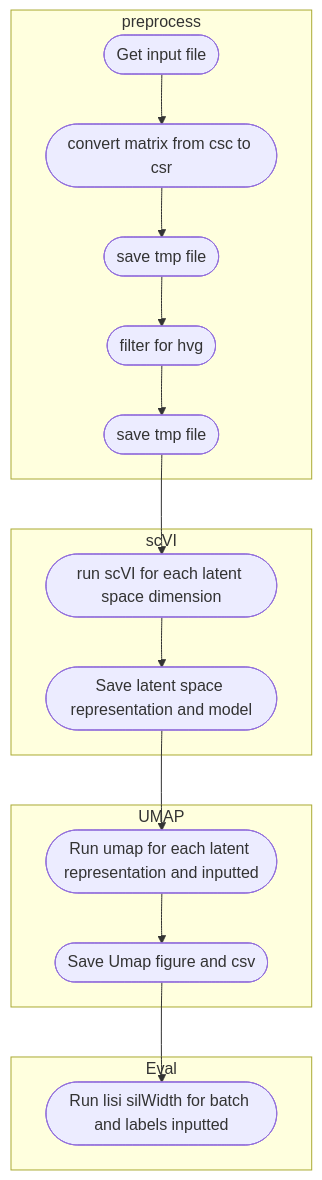
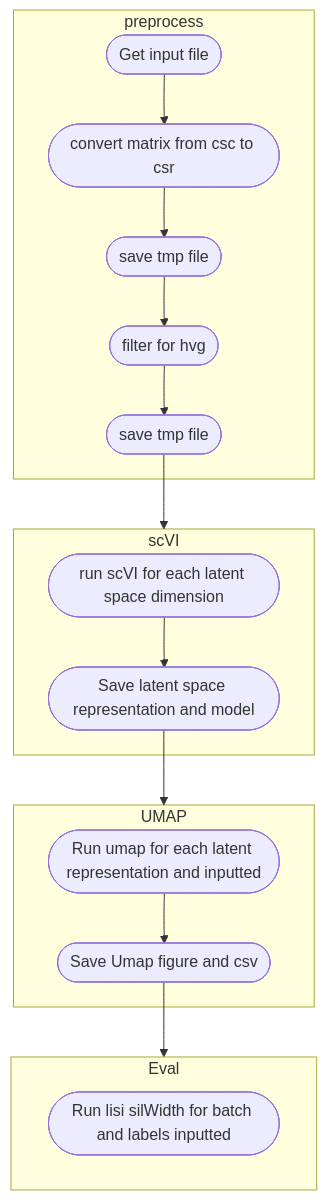
The diagram in Batch-correct/README.md (VergaJU/BoneMarrow_scRNA-Seq), drawn with Mermaid before and after one commit.

````diff
--- a/Batch-correct/README.md
+++ b/Batch-correct/README.md
@@ -42,21 +42,24 @@
 ```mermaid
     flowchart TD
       subgraph preprocess
       A([Get input file]) --> B([convert matrix from csc to csr])
       B --> C([save tmp file])
       C --> D([filter for hvg])
       D --> E([save tmp file])
       end
       subgraph scVI
-      E --> F([run scVI for each latent space dimension])
+      F([run scVI for each latent space dimension])
       F --> G([Save latent space representation and model])
       end
       subgraph UMAP
-      G --> H([Run umap for each latent representation and inputted])
+      H([Run umap for each latent representation and inputted])
       H --> I([Save Umap figure and csv])
       end
       subgraph Eval
-      I --> J([Run lisi silWidth for batch and labels inputted])
+      J([Run lisi silWidth for batch and labels inputted])
       end
+      E --> scVI
+      G --> UMAP
+      I --> Eval
 
 ```
````
